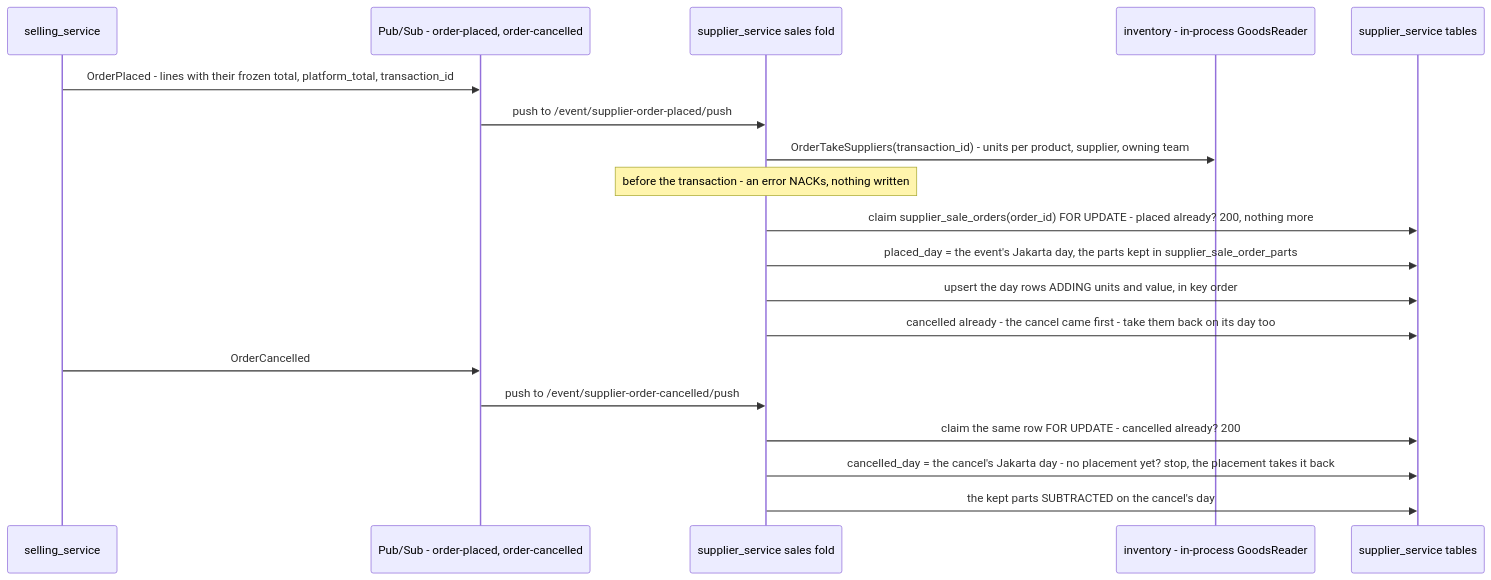
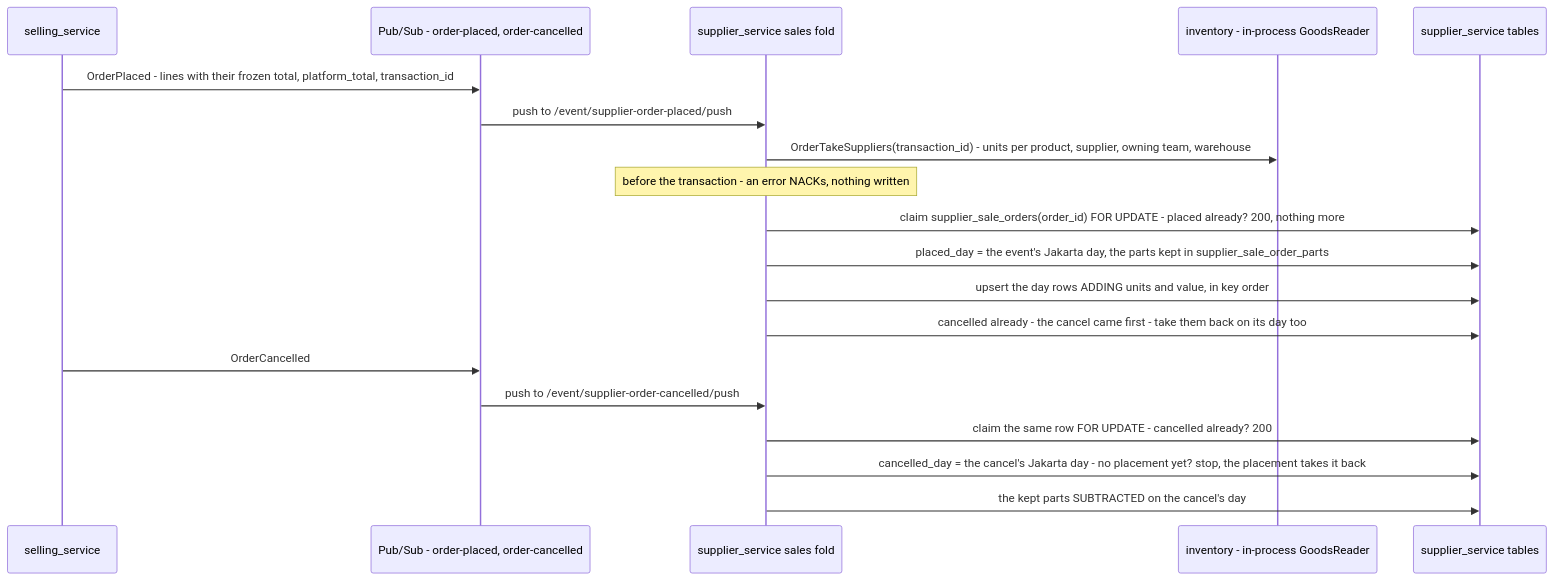
Before and after one commit to pdcgo/warehouse_revamp: the sixth of 14 diagrams in docs/services/supplier_service/rpc.md, drawn with Mermaid. The commit also changed other lines of this file and 154 other files, not shown here.

````diff
--- a/docs/services/supplier_service/rpc.md
+++ b/docs/services/supplier_service/rpc.md
@@ -147,21 +243,21 @@
 ```mermaid
 sequenceDiagram
   participant SEL as selling_service
   participant PS as Pub/Sub - order-placed, order-cancelled
   participant W as supplier_service sales fold
   participant INV as inventory - in-process GoodsReader
   participant DB as supplier_service tables
   SEL->>PS: OrderPlaced - lines with their frozen total, platform_total, transaction_id
   PS->>W: push to /event/supplier-order-placed/push
-  W->>INV: OrderTakeSuppliers(transaction_id) - units per product, supplier, owning team
+  W->>INV: OrderTakeSuppliers(transaction_id) - units per product, supplier, owning team, warehouse
   Note over W: before the transaction - an error NACKs, nothing written
   W->>DB: claim supplier_sale_orders(order_id) FOR UPDATE - placed already? 200, nothing more
   W->>DB: placed_day = the event's Jakarta day, the parts kept in supplier_sale_order_parts
   W->>DB: upsert the day rows ADDING units and value, in key order
   W->>DB: cancelled already - the cancel came first - take them back on its day too
   SEL->>PS: OrderCancelled
   PS->>W: push to /event/supplier-order-cancelled/push
   W->>DB: claim the same row FOR UPDATE - cancelled already? 200
   W->>DB: cancelled_day = the cancel's Jakarta day - no placement yet? stop, the placement takes it back
   W->>DB: the kept parts SUBTRACTED on the cancel's day
 ```
````
